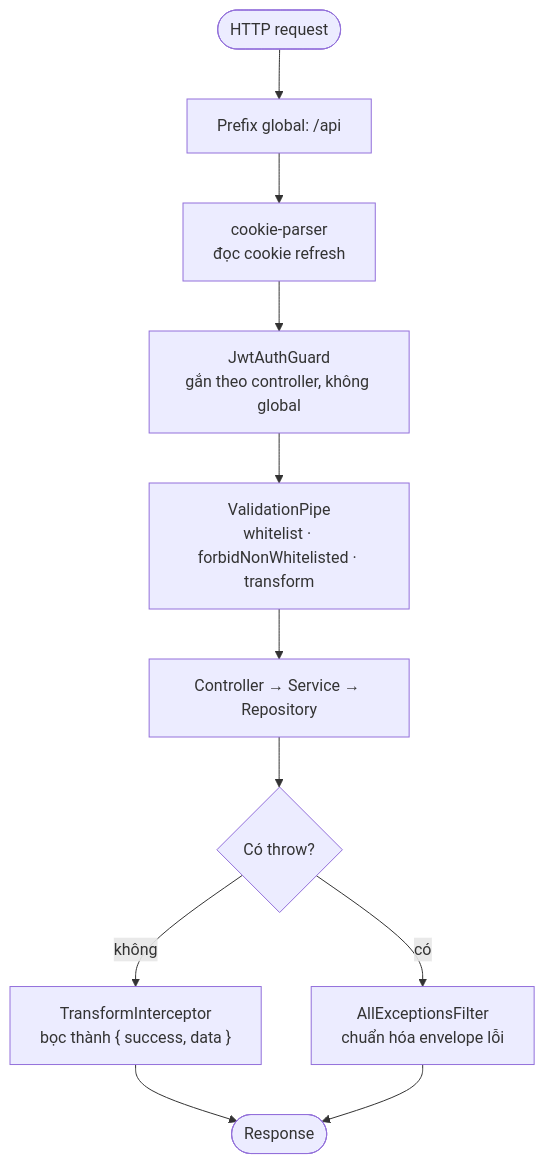
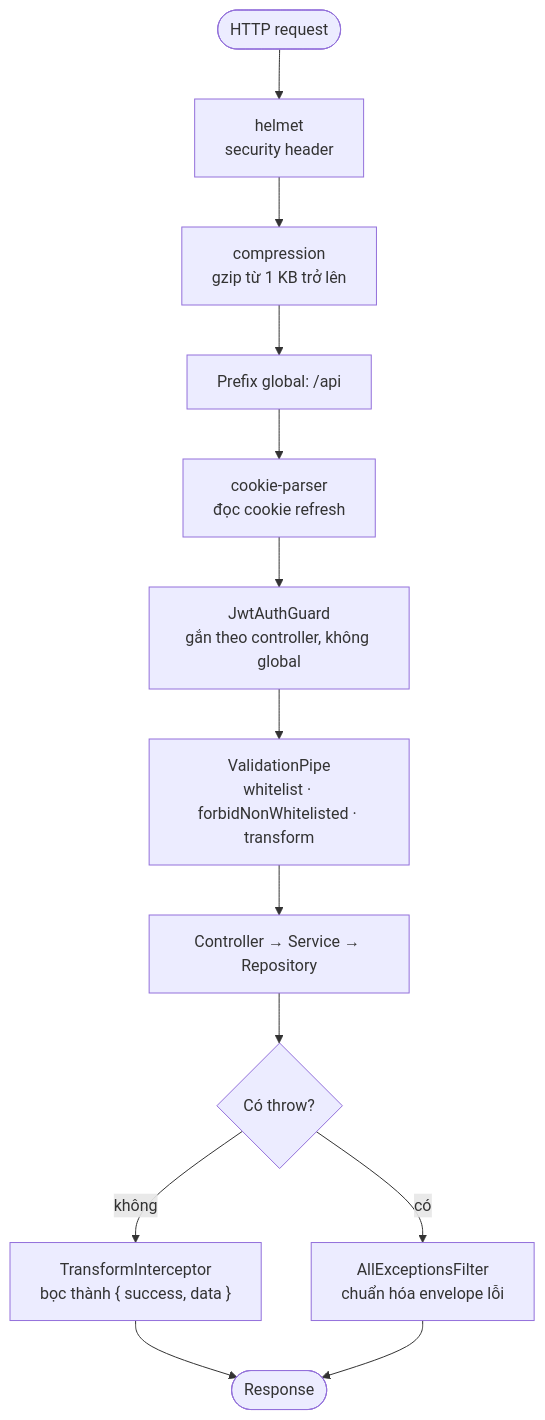
One commit to PKTam107/ai-meeting-assistant changed the second of 3 diagrams in docs/architecture/overview.md. Above: the diagram before and after it, drawn with Mermaid. The commit also changed other lines of this file and 10 other files, not shown here.

First line of the commit message:
chore(api): wire helmet, compression and structured logging

````diff
--- a/docs/architecture/overview.md
+++ b/docs/architecture/overview.md
@@ -46,13 +46,15 @@
 ```mermaid
 flowchart TD
-    REQ([HTTP request]) --> PREFIX["Prefix global: /api"]
+    REQ([HTTP request]) --> HELMET["helmet<br/>security header"]
+    HELMET --> COMPRESS["compression<br/>gzip từ 1 KB trở lên"]
+    COMPRESS --> PREFIX["Prefix global: /api"]
     PREFIX --> COOKIE["cookie-parser<br/>đọc cookie refresh"]
     COOKIE --> GUARD["JwtAuthGuard<br/>gắn theo controller, không global"]
     GUARD --> VALID["ValidationPipe<br/>whitelist · forbidNonWhitelisted · transform"]
     VALID --> CTRL[Controller → Service → Repository]
     CTRL --> OK{Có throw?}
     OK -->|không| INT["TransformInterceptor<br/>bọc thành { success, data }"]
     OK -->|có| FILTER["AllExceptionsFilter<br/>chuẩn hóa envelope lỗi"]
     INT --> RES([Response])
     FILTER --> RES
 ```
````
